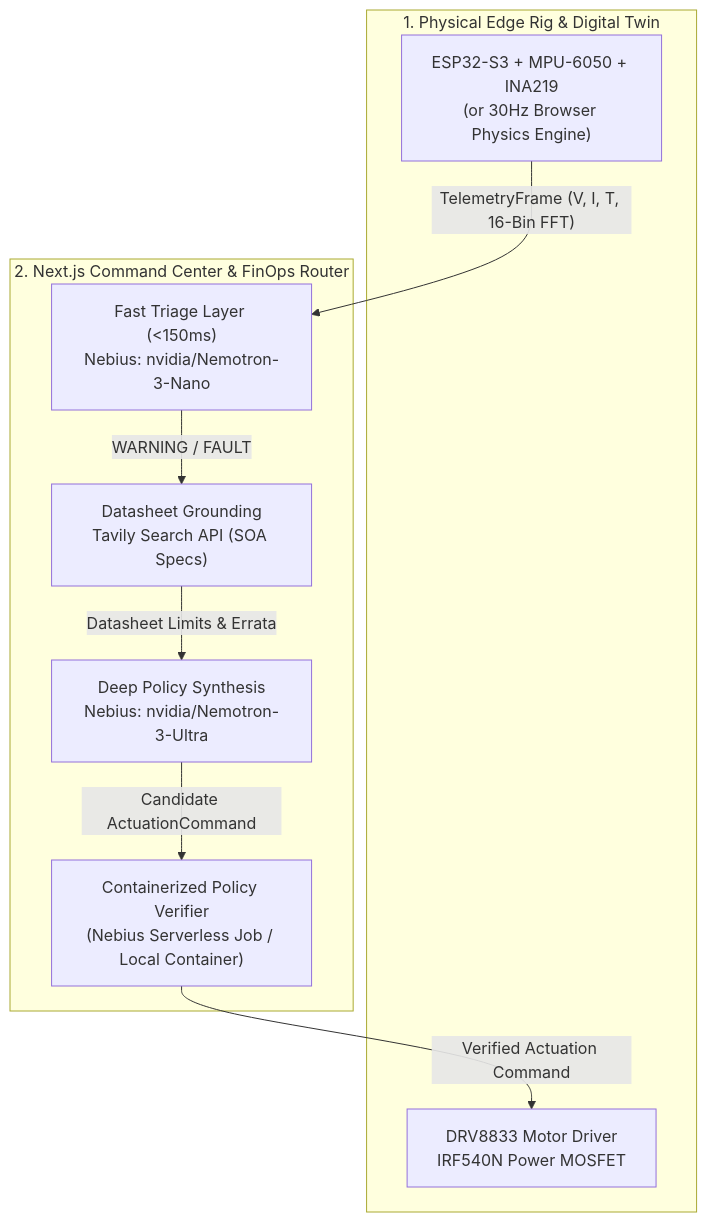
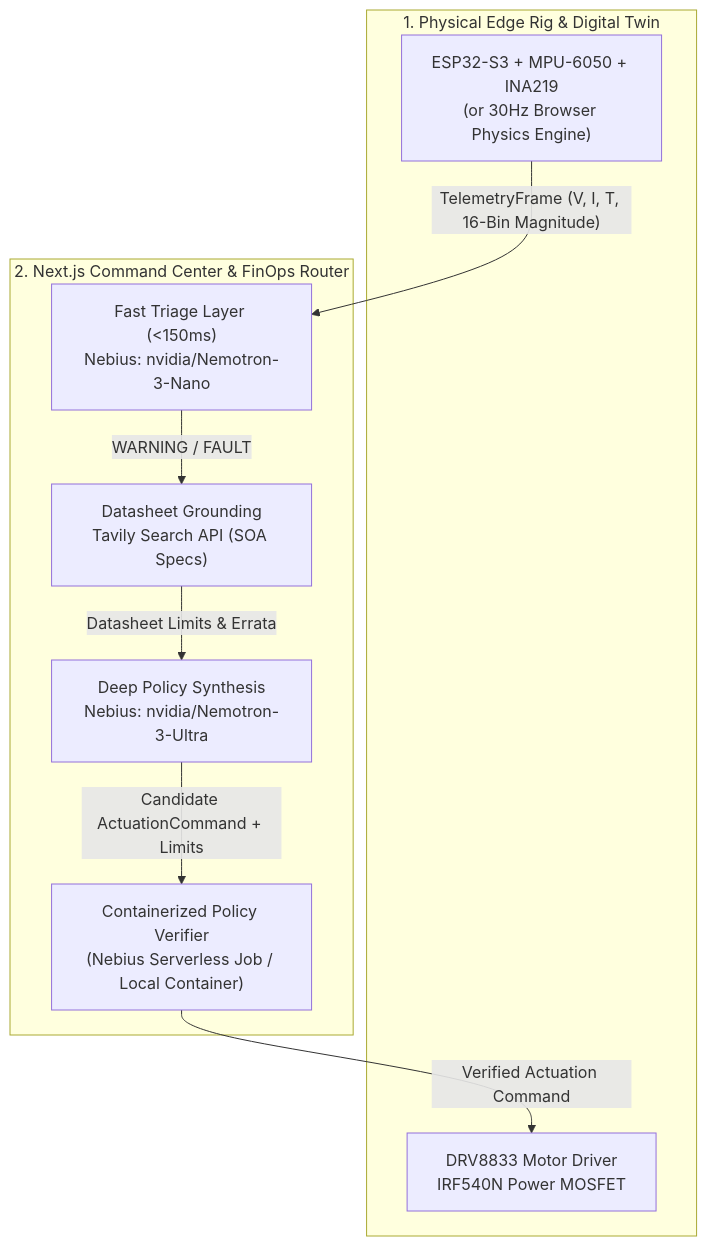
One commit to alaikalhamdi/HarmoniQ changed the diagram in README.md. Above: the diagram before and after it, drawn with Mermaid. The commit also changed other lines of this file and 23 other files, not shown here.

````diff
--- a/README.md
+++ b/README.md
@@ -40,20 +55,20 @@
 ```mermaid
 flowchart TD
   subgraph Edge["1. Physical Edge Rig & Digital Twin"]
     MCU["ESP32-S3 + MPU-6050 + INA219\n(or 30Hz Browser Physics Engine)"]
     Actuators["DRV8833 Motor Driver\nIRF540N Power MOSFET"]
   end
 
   subgraph NextApp["2. Next.js Command Center & FinOps Router"]
     Triage["Fast Triage Layer (<150ms)\nNebius: nvidia/Nemotron-3-Nano"]
     Tavily["Datasheet Grounding\nTavily Search API (SOA Specs)"]
     Ultra["Deep Policy Synthesis\nNebius: nvidia/Nemotron-3-Ultra"]
     Sandbox["Containerized Policy Verifier\n(Nebius Serverless Job / Local Container)"]
   end
 
-  MCU -->|"TelemetryFrame (V, I, T, 16-Bin FFT)"| Triage
+  MCU -->|"TelemetryFrame (V, I, T, 16-Bin Magnitude)"| Triage
   Triage -->|"WARNING / FAULT"| Tavily
   Tavily -->|"Datasheet Limits & Errata"| Ultra
-  Ultra -->|"Candidate ActuationCommand"| Sandbox
+  Ultra -->|"Candidate ActuationCommand + Limits"| Sandbox
   Sandbox -->|"Verified Actuation Command"| Actuators
 ```
````
